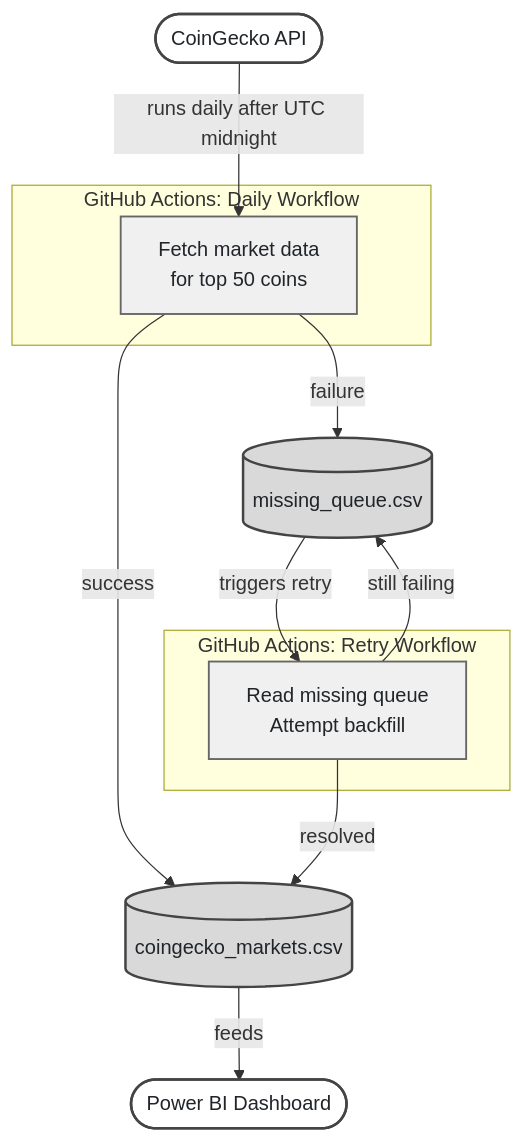
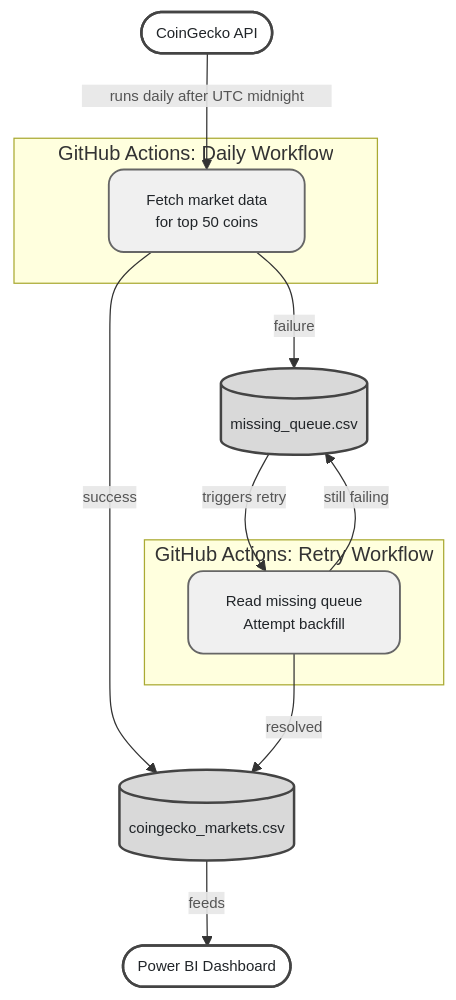
The diagram in README.md (M1ck3yJ0/crypto_analytics_pipeline), drawn with Mermaid before and after one commit.

````diff
--- a/README.md
+++ b/README.md
@@ -24,25 +24,26 @@
 ```mermaid
 flowchart TD
     classDef api fill:#ffffff,stroke:#444444,stroke-width:2px,color:#212529
-    classDef action fill:#f0f0f0,stroke:#666666,stroke-width:1.5px,color:#212529
+    classDef action fill:#f0f0f0,stroke:#666666,stroke-width:1.5px,color:#212529,rx:12,ry:12
     classDef storage fill:#d9d9d9,stroke:#444444,stroke-width:2px,color:#212529
     classDef output fill:#ffffff,stroke:#444444,stroke-width:2px,color:#212529
+    classDef label fill:#e8e8e8,stroke:#e8e8e8,color:#555555,font-size:12px
 
     A([CoinGecko API]):::api
 
-    subgraph GHA1 ["&nbsp;&nbsp;&nbsp;GitHub Actions: Daily Workflow&nbsp;&nbsp;&nbsp;"]
+    subgraph GHA1 ["GitHub Actions: Daily Workflow"]
         B["Fetch market data\nfor top 50 coins"]:::action
     end
 
-    subgraph GHA2 ["&nbsp;&nbsp;&nbsp;GitHub Actions: Retry Workflow&nbsp;&nbsp;&nbsp;"]
+    subgraph GHA2 ["GitHub Actions: Retry Workflow"]
         E["Read missing queue\nAttempt backfill"]:::action
     end
 
     A -->|runs daily after UTC midnight| B
-    B -->|success| C[(coingecko_markets.csv)]:::storage
-    B -->|failure| D[(missing_queue.csv)]:::storage
-    D -->|triggers retry| E
-    E -->|resolved| C
-    E -->|still failing| D
-    C -->|feeds| F([Power BI Dashboard]):::output
+    B -->|  success  | C[(coingecko_markets.csv)]:::storage
+    B -->|  failure  | D[(missing_queue.csv)]:::storage
+    D -->|  triggers retry  | E
+    E -->|  resolved  | C
+    E -->|  still failing  | D
+    C -->|  feeds  | F([Power BI Dashboard]):::output
 ```
````
